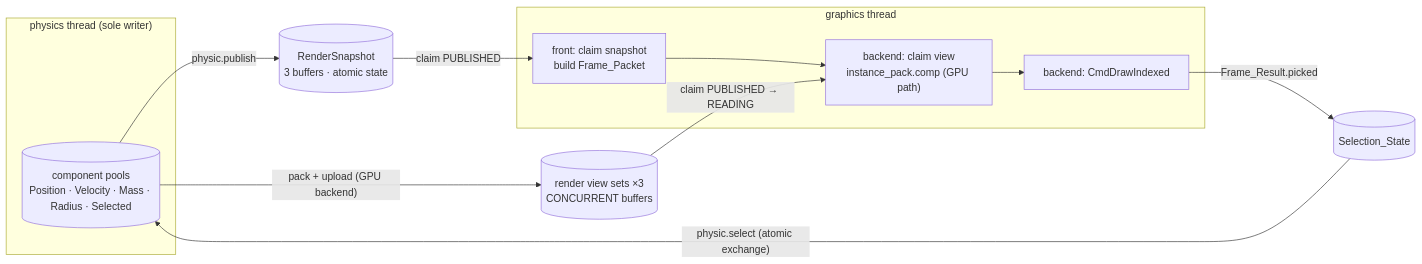
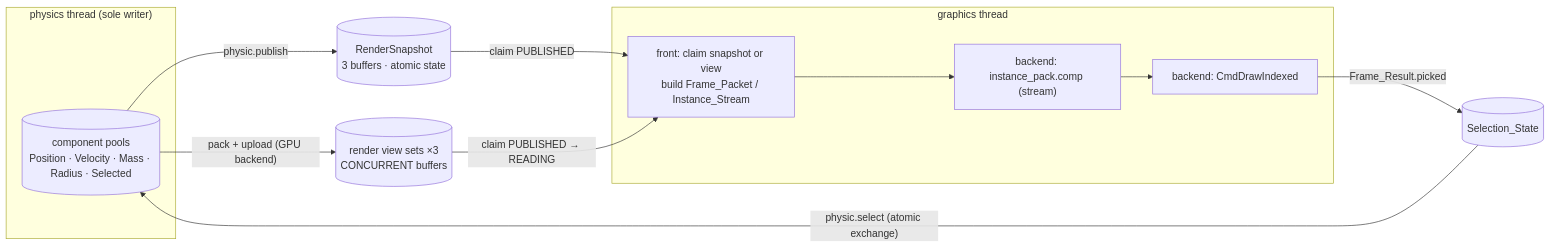
The seventh of 7 diagrams in docs/architecture.md (TanukiConDos/Gravity-Simulator), drawn with Mermaid before and after one commit. The commit also changed other lines of this file and 7 other files, not shown here.

First line of the commit message:
docs: four-package graphics split and the ECS-free backend rule

````diff
--- a/docs/architecture.md
+++ b/docs/architecture.md
@@ -260,21 +268,21 @@
 ```mermaid
 flowchart LR
     subgraph PT["physics thread (sole writer)"]
         pools[("component pools<br/>Position · Velocity · Mass · Radius · Selected")]
     end
 
     pools -->|"physic.publish"| snap[("RenderSnapshot<br/>3 buffers · atomic state")]
     pools -->|"pack + upload (GPU backend)"| sets[("render view sets ×3<br/>CONCURRENT buffers")]
 
     subgraph GT["graphics thread"]
-        pick["front: claim snapshot<br/>build Frame_Packet"]
-        pack["backend: claim view<br/>instance_pack.comp (GPU path)"]
+        pick["front: claim snapshot or view<br/>build Frame_Packet / Instance_Stream"]
+        pack["backend: instance_pack.comp (stream)"]
         draw["backend: CmdDrawIndexed"]
         pick --> pack --> draw
     end
 
     snap -->|"claim PUBLISHED"| pick
-    sets -->|"claim PUBLISHED → READING"| pack
+    sets -->|"claim PUBLISHED → READING"| pick
     draw -->|"Frame_Result.picked"| sel[("Selection_State")]
     sel -->|"physic.select (atomic exchange)"| pools
 ```
````
